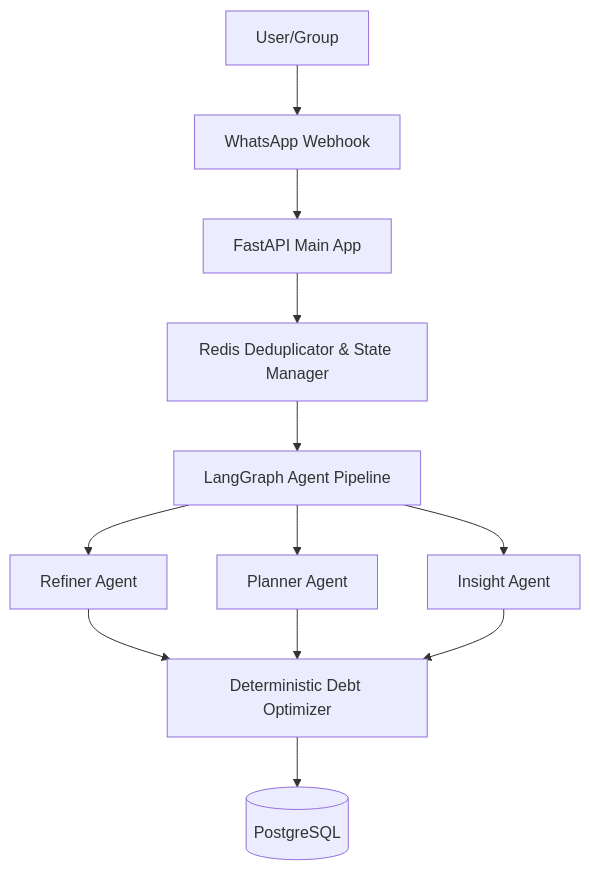
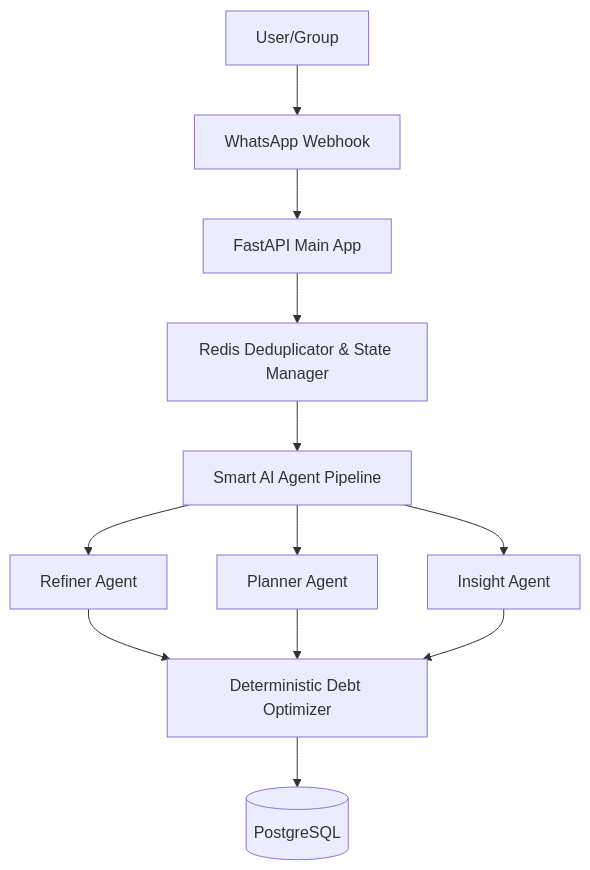
One commit to Samiksha-Lohia/KharchaSaathi changed the second of 3 diagrams in README.md. Above: the diagram before and after it, drawn with Mermaid. The commit also changed other lines of this file and 5 other files, not shown here.

````diff
--- a/README.md
+++ b/README.md
@@ -94,13 +100,13 @@
 ```mermaid
 flowchart TD
 
 A[User/Group] --> B[WhatsApp Webhook]
 B --> C[FastAPI Main App]
 C --> D[Redis Deduplicator & State Manager]
-D --> E[LangGraph Agent Pipeline]
+D --> E[Smart AI Agent Pipeline]
 E --> F[Refiner Agent]
 E --> G[Planner Agent]
 E --> H[Insight Agent]
 F & G & H --> I[Deterministic Debt Optimizer]
 I --> J[(PostgreSQL)]
 ```
````
